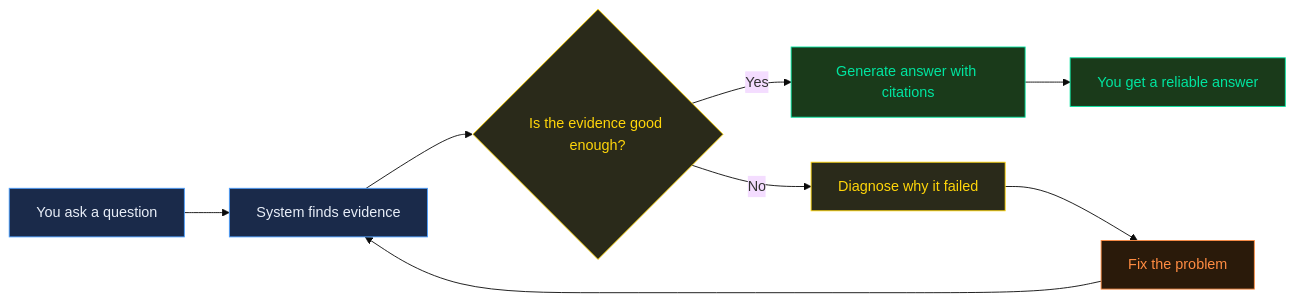
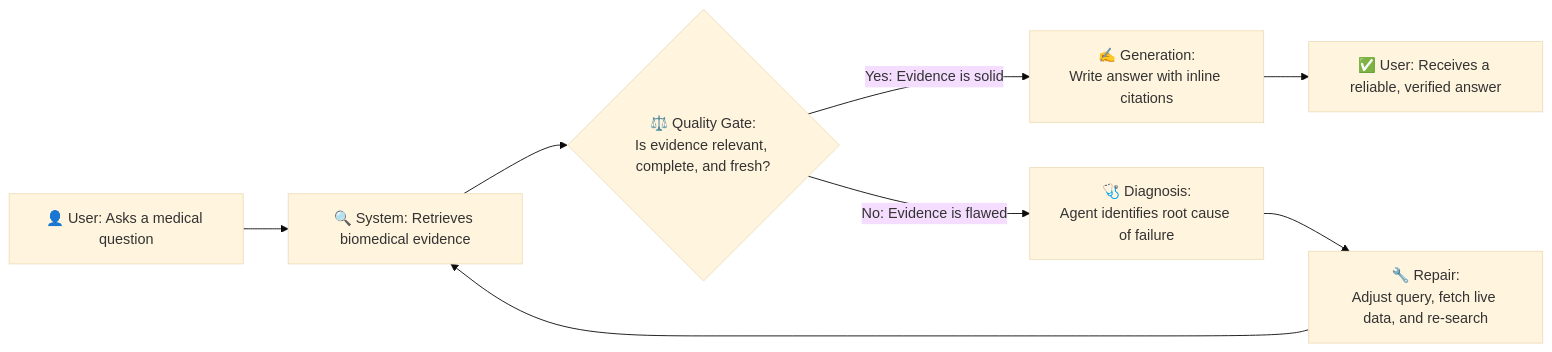
One commit to pavan939111/SelfLearning_Rag changed the first of 8 diagrams in README.md. Above: the diagram before and after it, drawn with Mermaid (base theme). The commit also changed other lines of this file and 1 other file, not shown here.

Commit message:
docs: redesign mermaid diagrams for better colors and missing information

````diff
--- a/README.md
+++ b/README.md
@@ -13,18 +13,10 @@
 ```mermaid
 graph LR
-    A[You ask a question] --> B[System finds evidence]
-    B --> C{Is the evidence good enough?}
-    C -->|Yes| D[Generate answer with citations]
-    C -->|No| E[Diagnose why it failed]
-    E --> F[Fix the problem]
+    A["👤 User: Asks a medical question"] --> B["🔍 System: Retrieves biomedical evidence"]
+    B --> C{"⚖️ Quality Gate:\nIs evidence relevant, complete, and fresh?"}
+    C -->|Yes: Evidence is solid| D["✍️ Generation:\nWrite answer with inline citations"]
+    C -->|No: Evidence is flawed| E["🩺 Diagnosis:\nAgent identifies root cause of failure"]
+    E --> F["🔧 Repair:\nAdjust query, fetch live data, and re-search"]
     F --> B
-    D --> G[You get a reliable answer]
-
-    style A fill:#1a2a4a,stroke:#4a9eff,color:#e8eef8
-    style B fill:#1a2a4a,stroke:#4a9eff,color:#e8eef8
-    style C fill:#2a2a1a,stroke:#ffd60a,color:#ffd60a
-    style D fill:#1a3a1a,stroke:#00e5a0,color:#00e5a0
-    style E fill:#2a2a1a,stroke:#ffd60a,color:#ffd60a
-    style F fill:#2a1a0a,stroke:#ff8c42,color:#ff8c42
-    style G fill:#1a3a1a,stroke:#00e5a0,color:#00e5a0
+    D --> G["✅ User: Receives a reliable, verified answer"]
 ```
````
